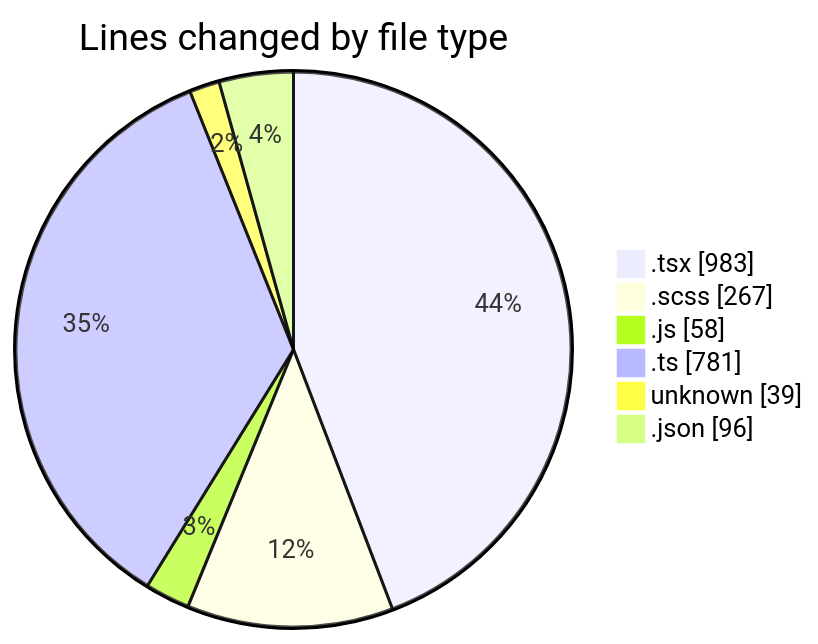
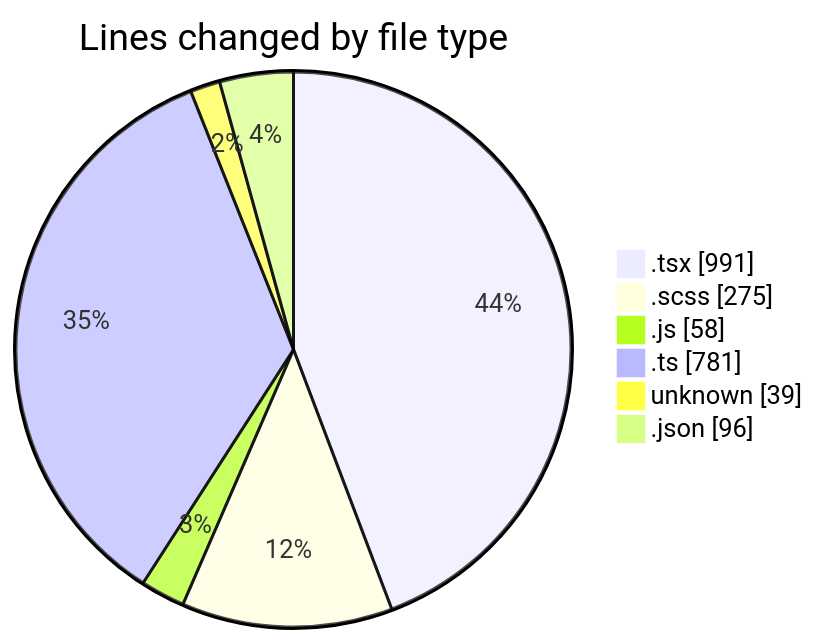
The first of 2 diagrams in 2025-05-02/cda/README.md (momahboobian/code-tracking), drawn with Mermaid before and after one commit. The commit also changed other lines of this file and 1 other file, not shown here.

````diff
--- a/2025-05-02/cda/README.md
+++ b/2025-05-02/cda/README.md
@@ -32,10 +32,10 @@
 ```mermaid
 pie showData
 title Lines changed by file type
-".tsx" : 983
-".scss" : 267
+".tsx" : 991
+".scss" : 275
 ".js" : 58
 ".ts" : 781
 "unknown" : 39
 ".json" : 96
 ```
````
